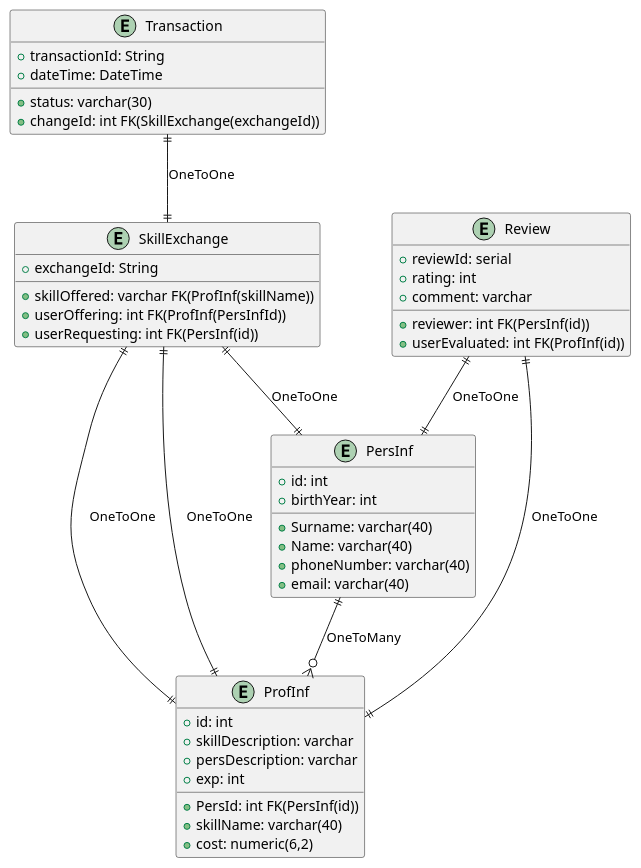
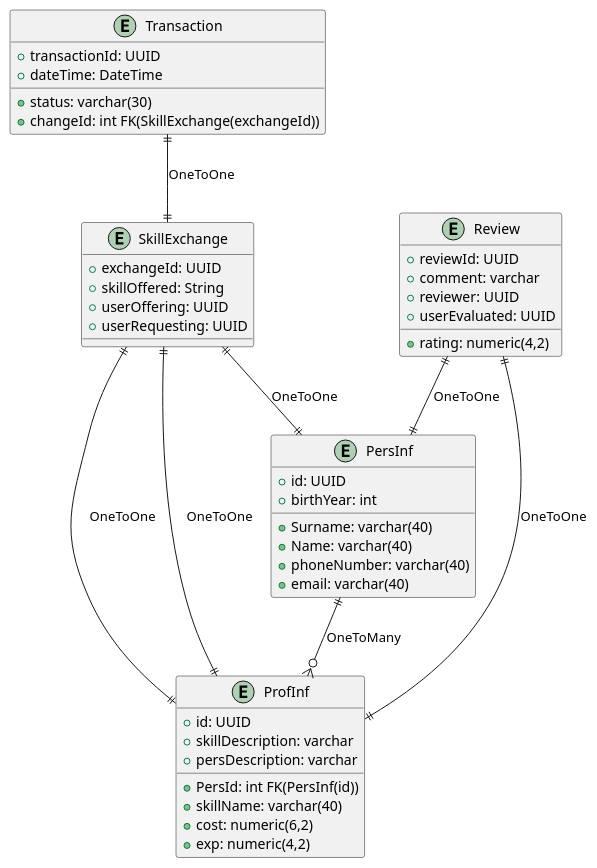
Before and after one commit to Xastt/SkillSwap: the diagram in SkillSwap/src/main/resources/umlDiagrams/ERDDiagramm.puml, drawn with PlantUML. The commit also changed 26 other files, not shown here.

```diff
--- a/SkillSwap/src/main/resources/umlDiagrams/ERDDiagramm.puml
+++ b/SkillSwap/src/main/resources/umlDiagrams/ERDDiagramm.puml
@@ -1,54 +1,54 @@
 @startuml
 
 entity PersInf {
-    +id: int
+    +id: UUID
     +Surname: varchar(40)
     +Name: varchar(40)
     +birthYear: int
     +phoneNumber: varchar(40)
     +email: varchar(40)
 }
 
 entity ProfInf {
-    +id: int
+    +id: UUID
     +PersId: int FK(PersInf(id))
     +skillName: varchar(40)
     +skillDescription: varchar
     +cost: numeric(6,2)
     +persDescription: varchar
-    +exp: int
+    +exp: numeric(4,2)
 }
 
 entity SkillExchange{
-    +exchangeId: String
-    +skillOffered: varchar FK(ProfInf(skillName))
-    +userOffering: int FK(ProfInf(PersInfId))
-    +userRequesting: int FK(PersInf(id))
+    +exchangeId: UUID
+    +skillOffered: String
+    +userOffering: UUID
+    +userRequesting: UUID
 }
 
 entity Review {
-    +reviewId: serial
-    +rating: int
+    +reviewId: UUID
+    +rating: numeric(4,2)
     +comment: varchar
-    +reviewer: int FK(PersInf(id))
-    +userEvaluated: int FK(ProfInf(id))
+    +reviewer: UUID
+    +userEvaluated: UUID
 }
 
 entity Transaction {
-    +transactionId: String
+    +transactionId: UUID
     +dateTime: DateTime
     +status: varchar(30)
     +changeId: int FK(SkillExchange(exchangeId))
 }
 
 
 
 PersInf ||--o{ ProfInf : "OneToMany"
 SkillExchange ||--|| PersInf : "OneToOne"
 SkillExchange ||--|| ProfInf : "OneToOne"
 SkillExchange ||--|| ProfInf : "OneToOne"
 Review ||--|| ProfInf : "OneToOne"
 Review ||--|| PersInf : "OneToOne"
 Transaction ||--|| SkillExchange : "OneToOne"
 
 @enduml
```
